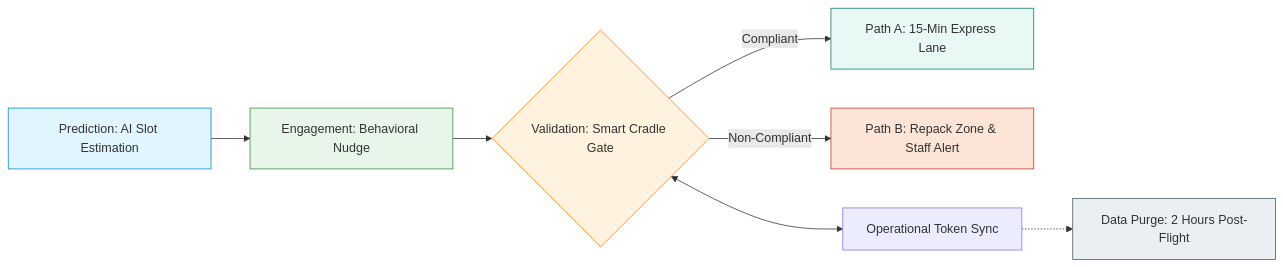
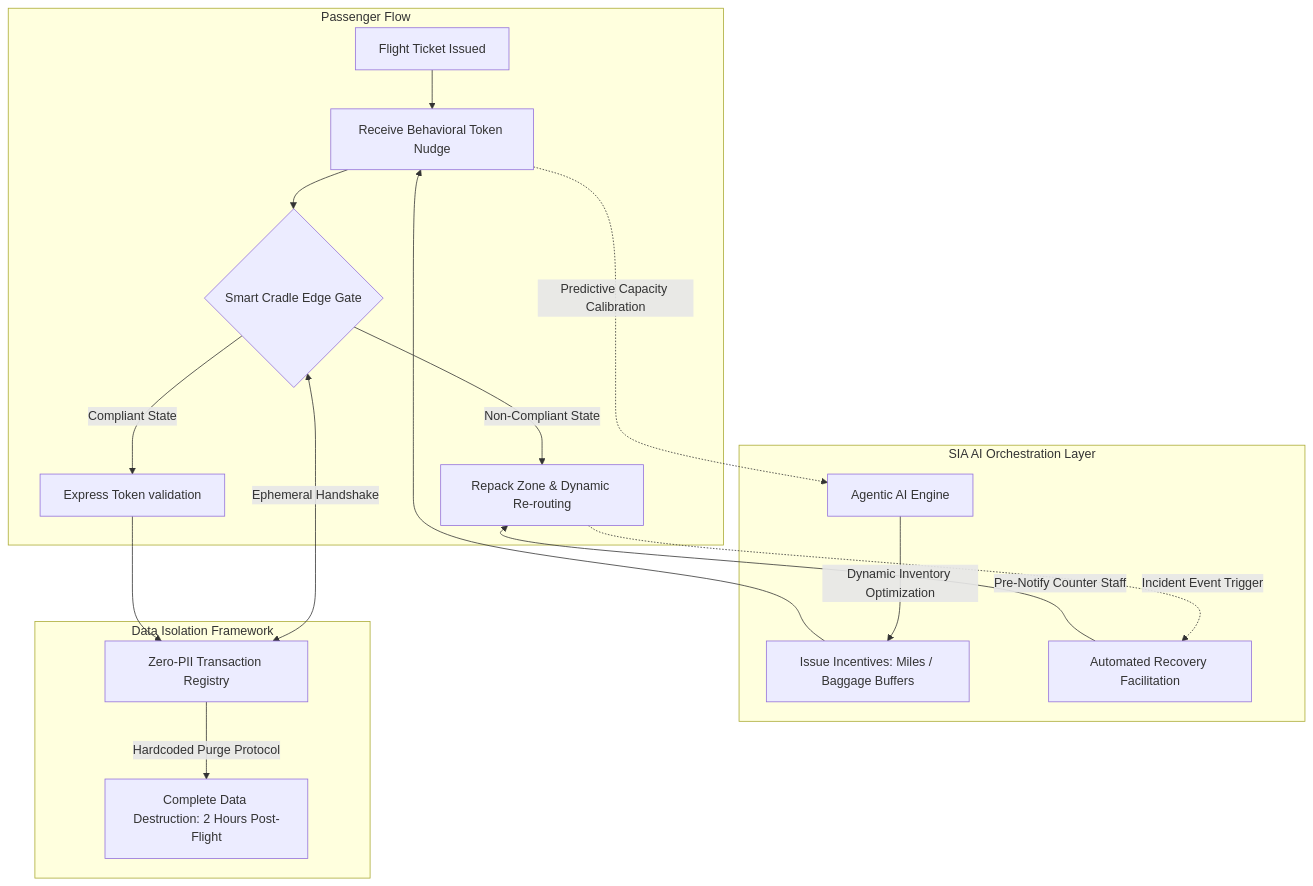
One commit to 26200602/SIA-Agentic-AI-Architecture changed the first of 2 diagrams in USE_CASE_12_sia-airport-orchestration-framework.md. Above: the diagram before and after it, drawn with Mermaid. The commit also changed other lines of this file, not shown here.

````diff
--- a/USE_CASE_12_sia-airport-orchestration-framework.md
+++ b/USE_CASE_12_sia-airport-orchestration-framework.md
@@ -14,20 +14,29 @@
 ```mermaid
-graph LR
-    %% Core Flow
-    A[Prediction: AI Slot Estimation] --> B[Engagement: Behavioral Nudge]
-    B --> C{Validation: Smart Cradle Gate}
-    C -->|Compliant| D[Path A: 15-Min Express Lane]
-    C -->|Non-Compliant| E[Path B: Repack Zone & Staff Alert]
+graph TD
+    %% User Journey Path
+    subgraph Passenger_Journey [Passenger Flow]
+        A[Flight Ticket Issued] --> B[Receive Behavioral Token Nudge]
+        B --> C{Smart Cradle Edge Gate}
+        C -->|Compliant State| D[Express Token validation]
+        C -->|Non-Compliant State| E[Repack Zone & Dynamic Re-routing]
+    end
 
-    %% Data Decoupling
-    C <--> F[Operational Token Sync]
-    F -.-> G[Data Purge: 2 Hours Post-Flight]
-    
-    style A fill:#e1f5fe,stroke:#0288d1
-    style B fill:#e8f5e9,stroke:#388e3c
-    style C fill:#fff3e0,stroke:#f57c00
-    style D fill:#e8f8f5,stroke:#117a65
-    style E fill:#fce4d6,stroke:#c0392b
-    style G fill:#eceff1,stroke:#455a64
+    %% Agentic Orchestration Layer
+    subgraph Agentic_Orchestration [SIA AI Orchestration Layer]
+        B -.->|Predictive Capacity Calibration| F[Agentic AI Engine]
+        F -->|Dynamic Inventory Optimization| G[Issue Incentives: Miles / Baggage Buffers]
+        E -.->|Incident Event Trigger| H[Automated Recovery Facilitation]
+    end
+
+    %% Sovereign Data Isolation
+    subgraph Sovereign_Data [Data Isolation Framework]
+        C <-->|Ephemeral Handshake| I[Zero-PII Transaction Registry]
+        I -->|Hardcoded Purge Protocol| J[Complete Data Destruction: 2 Hours Post-Flight]
+    end
+
+    %% Connections Between Subgraphs
+    G --> B
+    H -->|Pre-Notify Counter Staff| E
+    D --> I
 
 ```
````
